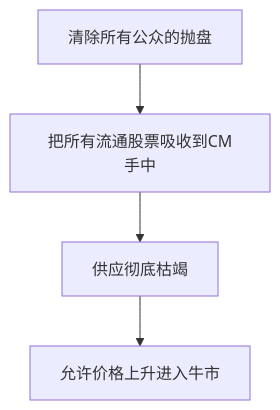
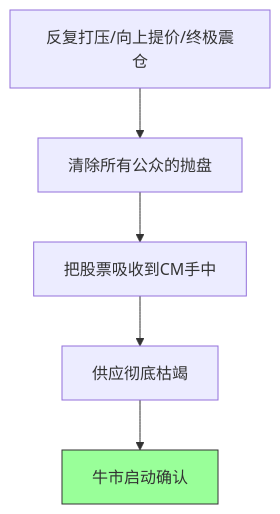
Before and after one commit to bigzhu/Wyckoff: the third of 4 diagrams in docs/第二章_怎么知道主力机构开始接盘了/第三节_吸筹的第二阶段.md, drawn with Mermaid. The commit also changed other lines of this file and 6 other files, not shown here.

Commit message:
docs: complete mermaid optimizations for Ch2 and enhance logical visualizations

````diff
--- a/docs/第二章_怎么知道主力机构开始接盘了/第三节_吸筹的第二阶段.md
+++ b/docs/第二章_怎么知道主力机构开始接盘了/第三节_吸筹的第二阶段.md
@@ -72,6 +75,8 @@
 ```mermaid
 graph TD
-    A[清除所有公众的抛盘] --> B[把所有流通股票吸收到CM手中]
-    B --> C[供应彻底枯竭]
-    C --> D[允许价格上升进入牛市]
+    A[反复打压/向上提价/终极震仓] --> B[清除所有公众的抛盘]
+    B --> C[把股票吸收到CM手中]
+    C --> D[供应彻底枯竭]
+    D --> E[牛市启动确认]
+    style E fill:#9f9,stroke:#333
 ```
````
